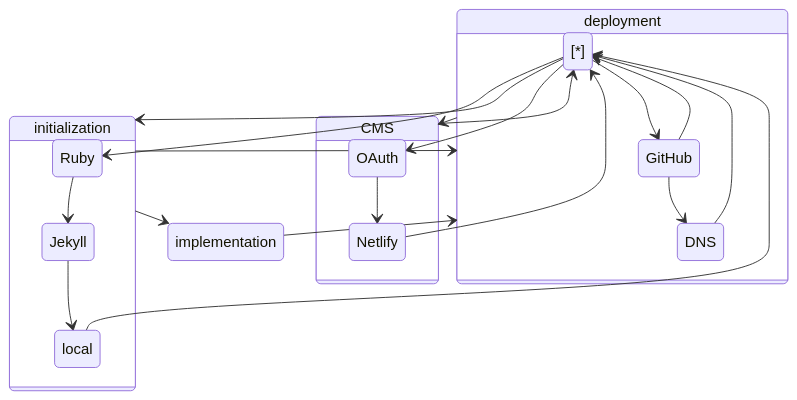
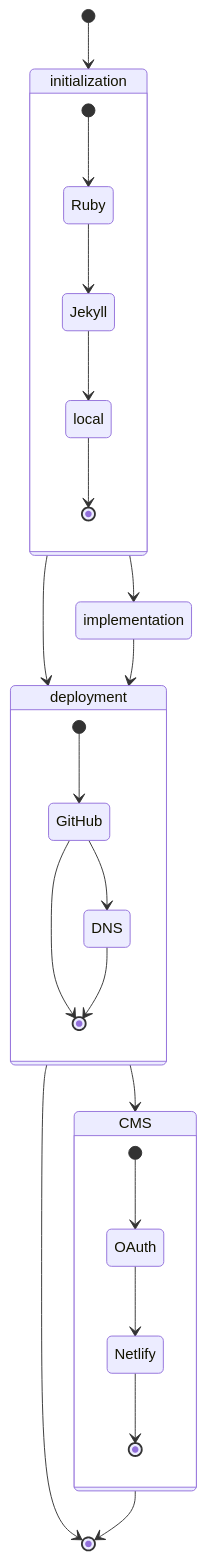
The diagram in _posts/2019-12-06-cup-noodles-jekyll-your-instant-and-ideal-blog.md (Riumin/espresso-matrix), drawn with Mermaid before and after one commit.

Commit message:
Update Blog “2019-12-06-cup-noodles-jekyll-your-instant-and-ideal-blog”

```diff
--- a/_posts/2019-12-06-cup-noodles-jekyll-your-instant-and-ideal-blog.md
+++ b/_posts/2019-12-06-cup-noodles-jekyll-your-instant-and-ideal-blog.md
@@ -24,27 +24,27 @@
 <div class="mermaid" align="center">
 stateDiagram
-	\[\*] --> initialization
+	[*] --> initialization
 	initialization --> deployment
 	initialization --> implementation
 	implementation --> deployment
 	deployment --> CMS
-	deployment --> \[\*]
-	CMS --> \[\*]
+	deployment --> [*]
+	CMS --> [*]
 	state initialization {
-		\[\*] --> Ruby
+		[*] --> Ruby
 		Ruby --> Jekyll
 		Jekyll --> local
-		local -->  \[\*]
+		local -->  [*]
 	}
 	state CMS {
-		\[\*] --> OAuth
+		[*] --> OAuth
 		OAuth --> Netlify
-		Netlify --> \[\*]
+		Netlify --> [*]
 	}
 	state deployment {
-		\[\*] --> GitHub
-		GitHub --> \[\*]
+		[*] --> GitHub
+		GitHub --> [*]
 		GitHub --> DNS
-		DNS --> \[\*]
+		DNS --> [*]
 	}
 </div>
```
